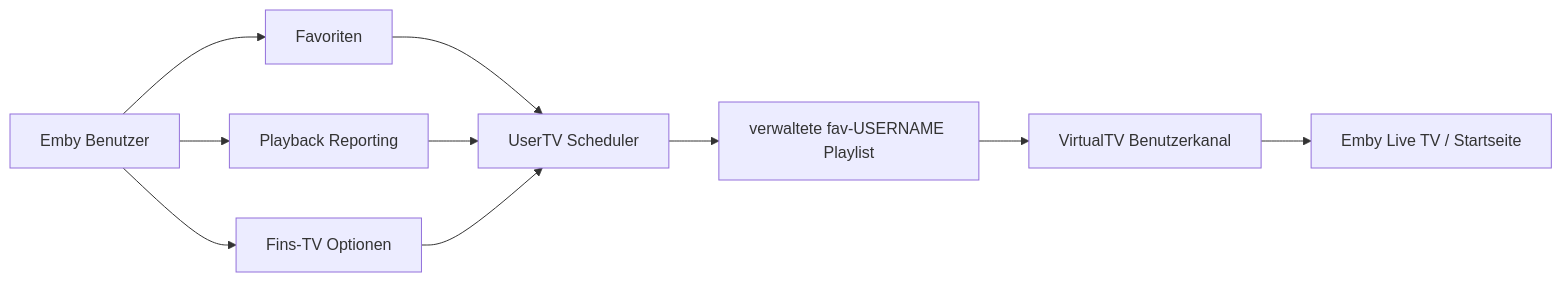
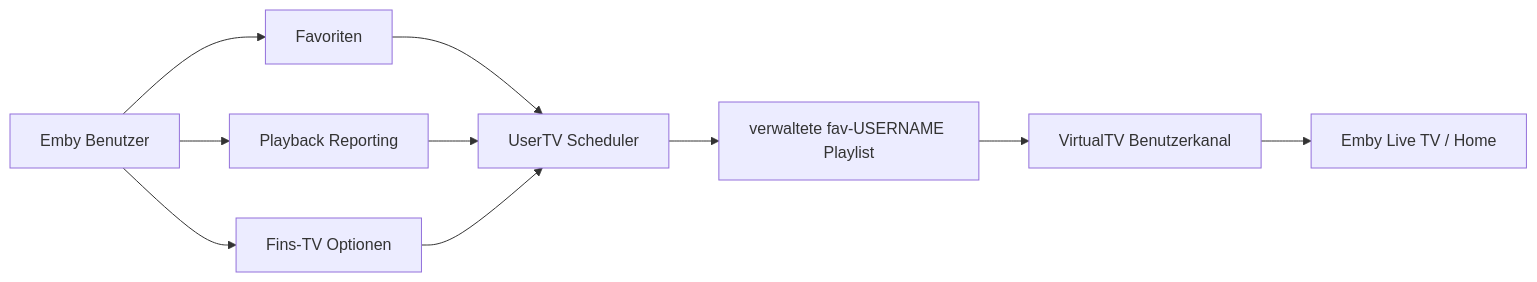
One commit to desCo323/Emby_UserTV_Stream changed the diagram in README.md. Above: the diagram before and after it, drawn with Mermaid. The commit also changed other lines of this file and 10 other files, not shown here.

````diff
--- a/README.md
+++ b/README.md
@@ -63,12 +61,12 @@
 ```mermaid
 flowchart LR
     A[Emby Benutzer] --> B[Favoriten]
     A --> C[Playback Reporting]
     A --> D[Fins-TV Optionen]
     B --> E[UserTV Scheduler]
     C --> E
     D --> E
     E --> F[verwaltete fav-USERNAME Playlist]
     F --> G[VirtualTV Benutzerkanal]
-    G --> H[Emby Live TV / Startseite]
+    G --> H[Emby Live TV / Home]
 ```
````
